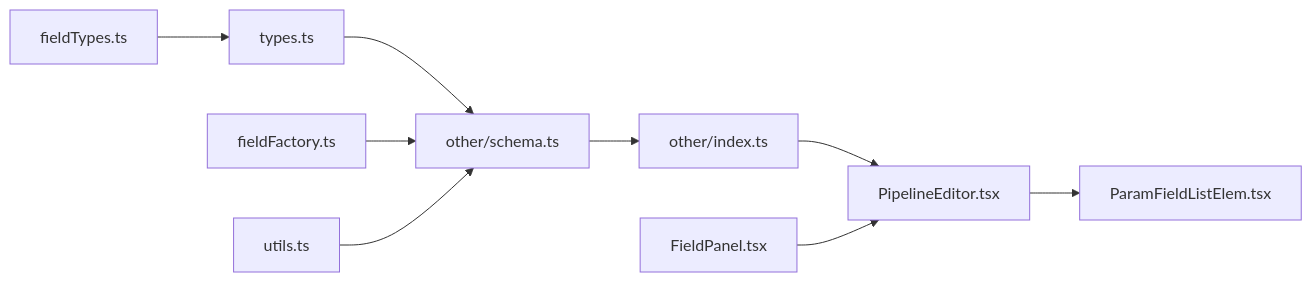
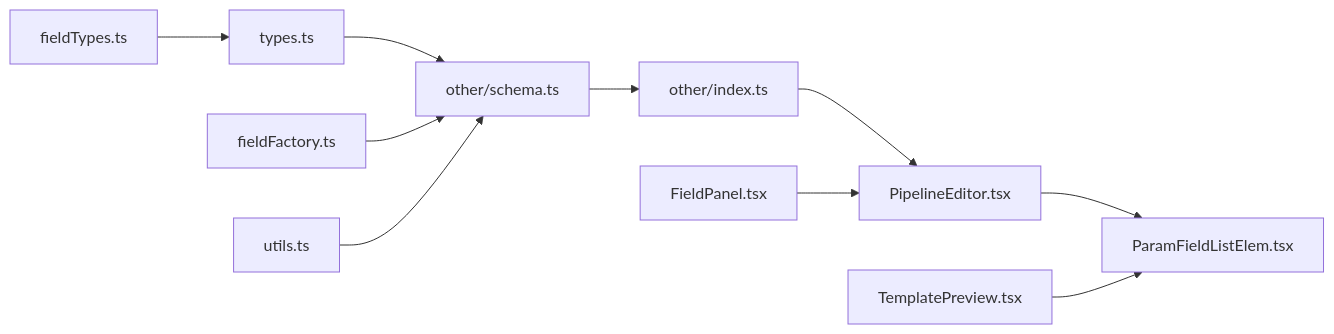
Before and after one commit to kqcoxn/MaaPipelineEditor: the third of 3 diagrams in .qoder/repowiki/zh/content/核心概念/字段配置系统/其他参数字段.md, drawn with Mermaid. The commit also changed other lines of this file and 31 other files, not shown here.

````diff
--- a/.qoder/repowiki/zh/content/核心概念/字段配置系统/其他参数字段.md
+++ b/.qoder/repowiki/zh/content/核心概念/字段配置系统/其他参数字段.md
@@ -247,11 +314,12 @@
 ```mermaid
 graph LR
 FT["fieldTypes.ts"] --> T["types.ts"]
 T --> S["other/schema.ts"]
 F["fieldFactory.ts"] --> S
 U["utils.ts"] --> S
 S --> IDX["other/index.ts"]
 IDX --> P["PipelineEditor.tsx"]
 P --> PF["ParamFieldListElem.tsx"]
 FP["FieldPanel.tsx"] --> P
+TM["TemplatePreview.tsx"] --> PF
 ```
````
